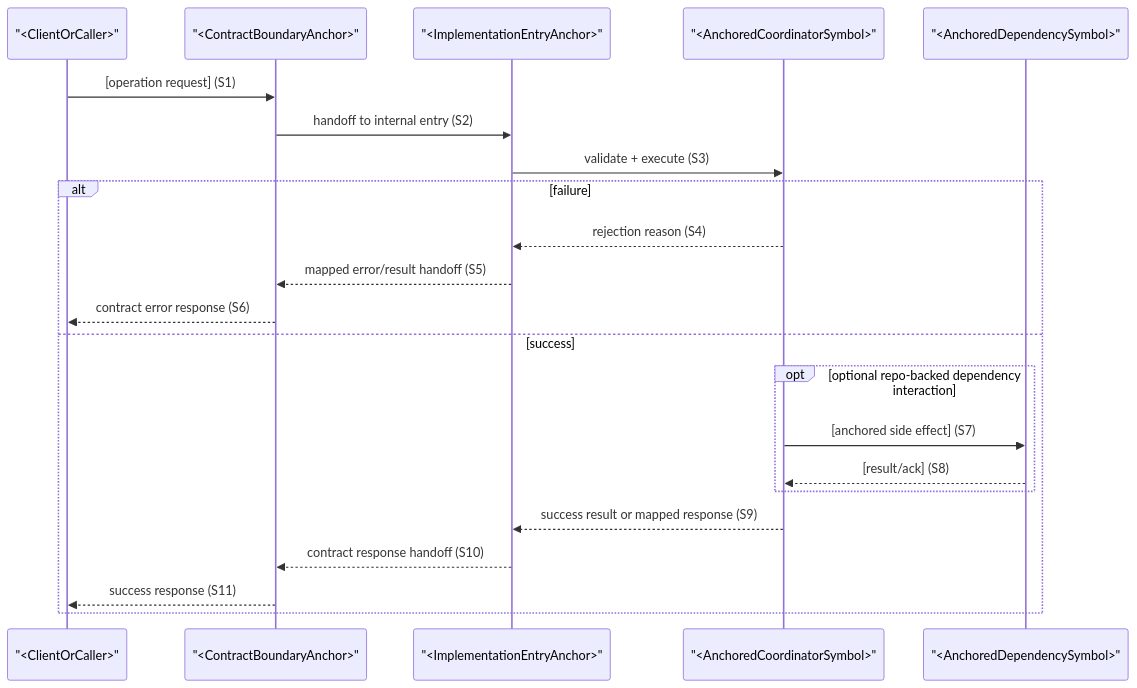
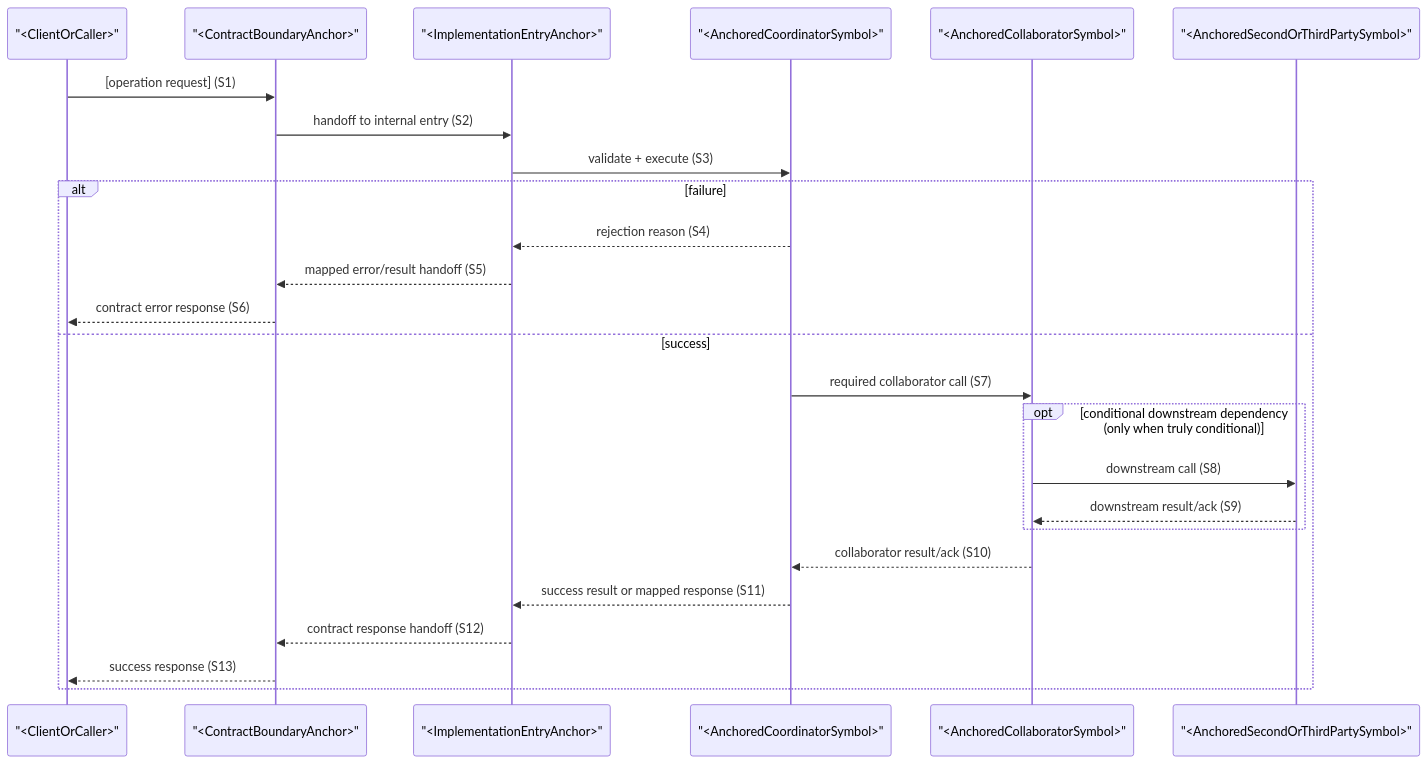
One commit to bigsmartben/sdd changed the first of 4 diagrams in templates/contract-template.md. Above: the diagram before and after it, drawn with Mermaid. The commit also changed other lines of this file and 40 other files, not shown here.

````diff
--- a/templates/contract-template.md
+++ b/templates/contract-template.md
@@ -148,25 +161,28 @@
 ```mermaid
 sequenceDiagram
     participant Initiator as "<ClientOrCaller>"
     participant Boundary as "<ContractBoundaryAnchor>"
     participant Entry as "<ImplementationEntryAnchor>"
     participant Coordinator as "<AnchoredCoordinatorSymbol>"
-    participant Dependency as "<AnchoredDependencySymbol>"
+    participant Collaborator as "<AnchoredCollaboratorSymbol>"
+    participant ExternalDependency as "<AnchoredSecondOrThirdPartySymbol>"
 
     Initiator->>Boundary: [operation request] (S1)
     Boundary->>Entry: handoff to internal entry (S2)
     Entry->>Coordinator: validate + execute (S3)
     alt failure
         Coordinator-->>Entry: rejection reason (S4)
         Entry-->>Boundary: mapped error/result handoff (S5)
         Boundary-->>Initiator: contract error response (S6)
     else success
-        opt optional repo-backed dependency interaction
-            Coordinator->>Dependency: [anchored side effect] (S7)
-            Dependency-->>Coordinator: [result/ack] (S8)
+        Coordinator->>Collaborator: required collaborator call (S7)
+        opt conditional downstream dependency (only when truly conditional)
+            Collaborator->>ExternalDependency: downstream call (S8)
+            ExternalDependency-->>Collaborator: downstream result/ack (S9)
         end
-        Coordinator-->>Entry: success result or mapped response (S9)
-        Entry-->>Boundary: contract response handoff (S10)
-        Boundary-->>Initiator: success response (S11)
+        Collaborator-->>Coordinator: collaborator result/ack (S10)
+        Coordinator-->>Entry: success result or mapped response (S11)
+        Entry-->>Boundary: contract response handoff (S12)
+        Boundary-->>Initiator: success response (S13)
     end
 ```
````
